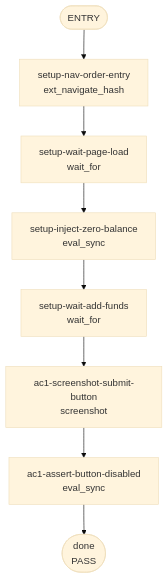
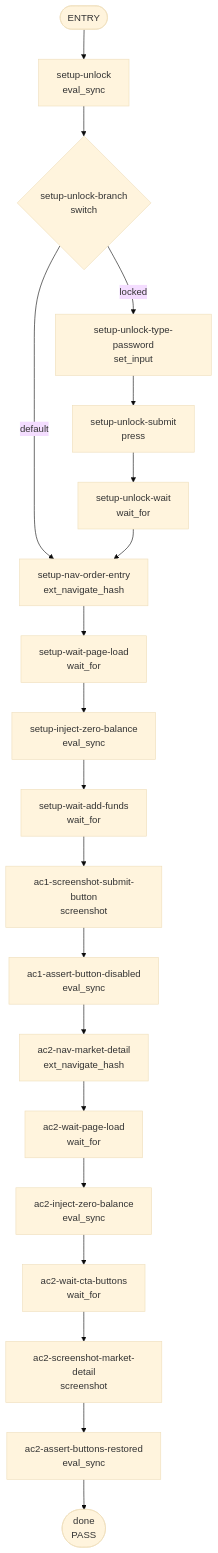
Before and after one commit to abretonc7s/mm-extension-farm-artifacts: the diagram in fixes/41888/workflow.mmd, drawn with Mermaid (base theme). The commit also changed 7 other files, not shown here.

First line of the commit message:
chore(artifacts): add AC2 market-detail screenshots + updated evidence for PR 41888 (#1)

```diff
--- a/fixes/41888/workflow.mmd
+++ b/fixes/41888/workflow.mmd
@@ -1,16 +1,39 @@
 flowchart TD
   %% TAT-2831: Submit button disabled when user has no perps balance
-  __entry__(["ENTRY"]) --> node_setup_nav_order_entry
+  __entry__(["ENTRY"]) --> node_setup_unlock
+  node_setup_unlock["setup-unlock<br/>eval_sync"]
+  node_setup_unlock_branch{"setup-unlock-branch<br/>switch"}
+  node_setup_unlock_type_password["setup-unlock-type-password<br/>set_input"]
+  node_setup_unlock_submit["setup-unlock-submit<br/>press"]
+  node_setup_unlock_wait["setup-unlock-wait<br/>wait_for"]
   node_setup_nav_order_entry["setup-nav-order-entry<br/>ext_navigate_hash"]
   node_setup_wait_page_load["setup-wait-page-load<br/>wait_for"]
   node_setup_inject_zero_balance["setup-inject-zero-balance<br/>eval_sync"]
   node_setup_wait_add_funds["setup-wait-add-funds<br/>wait_for"]
   node_ac1_screenshot_submit_button["ac1-screenshot-submit-button<br/>screenshot"]
   node_ac1_assert_button_disabled["ac1-assert-button-disabled<br/>eval_sync"]
+  node_ac2_nav_market_detail["ac2-nav-market-detail<br/>ext_navigate_hash"]
+  node_ac2_wait_page_load["ac2-wait-page-load<br/>wait_for"]
+  node_ac2_inject_zero_balance["ac2-inject-zero-balance<br/>eval_sync"]
+  node_ac2_wait_cta_buttons["ac2-wait-cta-buttons<br/>wait_for"]
+  node_ac2_screenshot_market_detail["ac2-screenshot-market-detail<br/>screenshot"]
+  node_ac2_assert_buttons_restored["ac2-assert-buttons-restored<br/>eval_sync"]
   node_done(["done<br/>PASS"])
+  node_setup_unlock --> node_setup_unlock_branch
+  node_setup_unlock_branch -->|locked| node_setup_unlock_type_password
+  node_setup_unlock_branch -->|default| node_setup_nav_order_entry
+  node_setup_unlock_type_password --> node_setup_unlock_submit
+  node_setup_unlock_submit --> node_setup_unlock_wait
+  node_setup_unlock_wait --> node_setup_nav_order_entry
   node_setup_nav_order_entry --> node_setup_wait_page_load
   node_setup_wait_page_load --> node_setup_inject_zero_balance
   node_setup_inject_zero_balance --> node_setup_wait_add_funds
   node_setup_wait_add_funds --> node_ac1_screenshot_submit_button
   node_ac1_screenshot_submit_button --> node_ac1_assert_button_disabled
-  node_ac1_assert_button_disabled --> node_done
+  node_ac1_assert_button_disabled --> node_ac2_nav_market_detail
+  node_ac2_nav_market_detail --> node_ac2_wait_page_load
+  node_ac2_wait_page_load --> node_ac2_inject_zero_balance
+  node_ac2_inject_zero_balance --> node_ac2_wait_cta_buttons
+  node_ac2_wait_cta_buttons --> node_ac2_screenshot_market_detail
+  node_ac2_screenshot_market_detail --> node_ac2_assert_buttons_restored
+  node_ac2_assert_buttons_restored --> node_done
```
